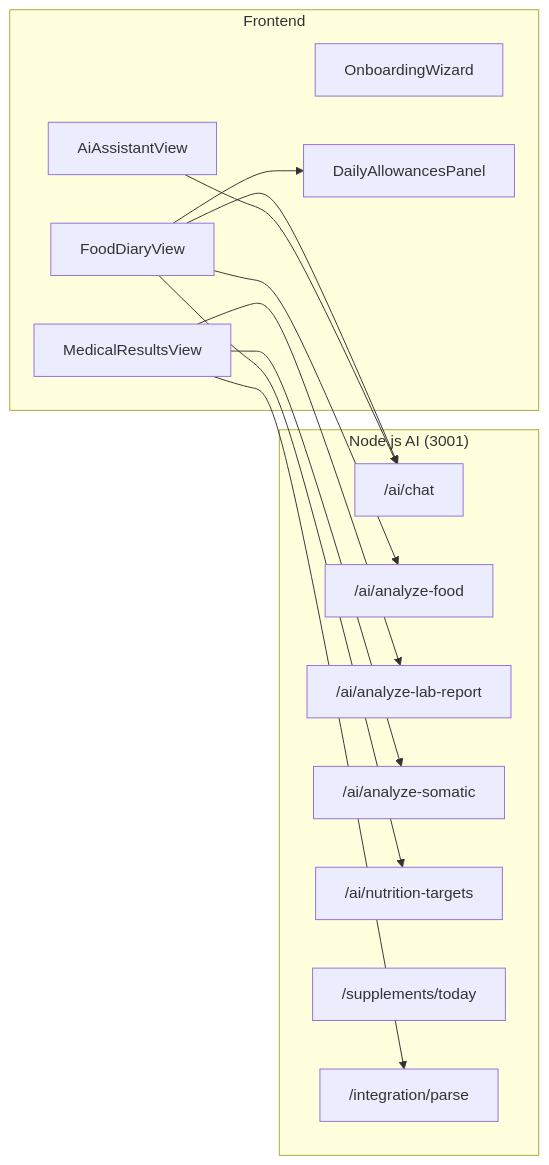
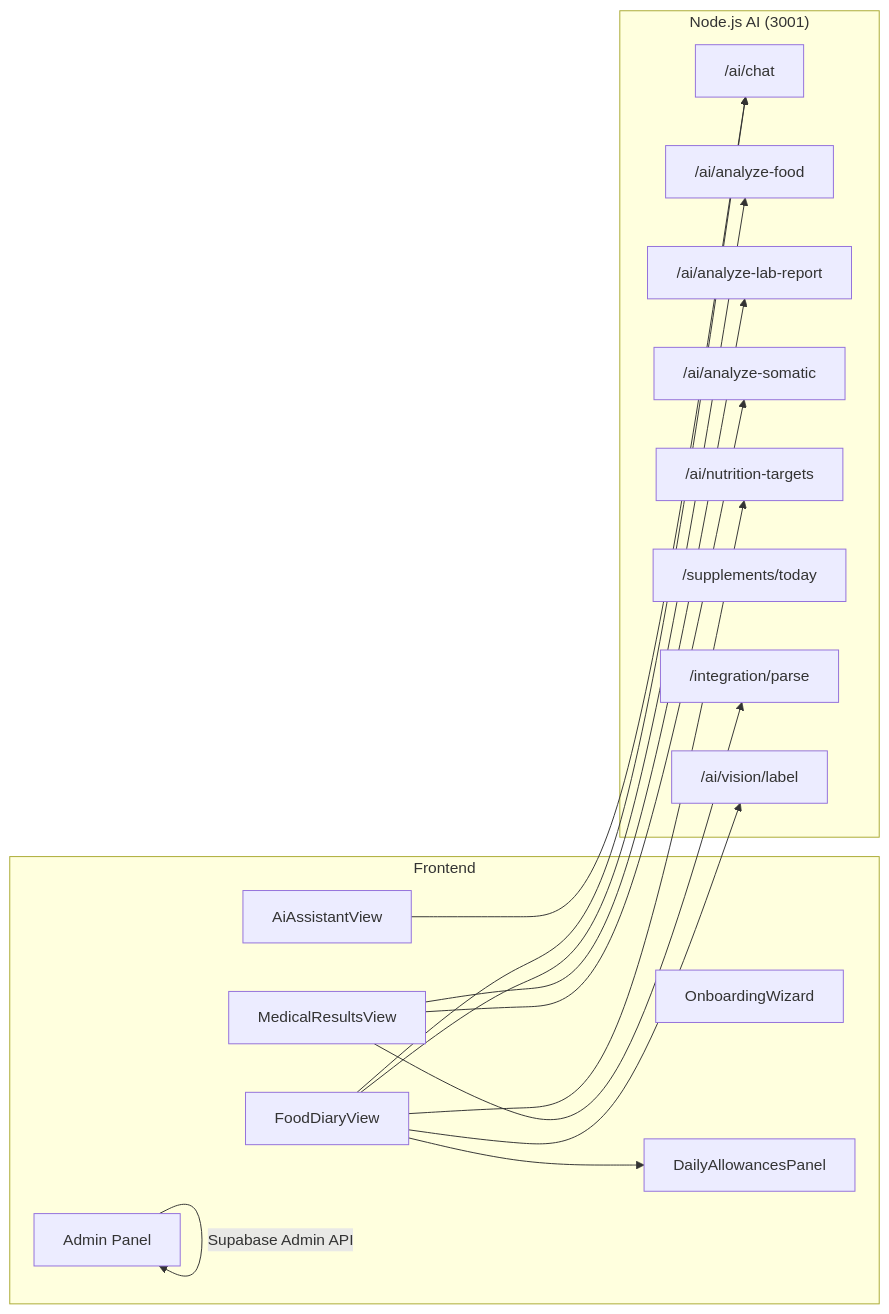
The diagram in docs/frontend_components.md (S4rikk/vitograph), drawn with Mermaid before and after one commit. The commit also changed other lines of this file and 30 other files, not shown here.

````diff
--- a/docs/frontend_components.md
+++ b/docs/frontend_components.md
@@ -125,29 +170,33 @@
 ```mermaid
 graph LR
     subgraph Frontend
         FDV[FoodDiaryView]
         AAV[AiAssistantView]
         MRV[MedicalResultsView]
         OBW[OnboardingWizard]
         DAP[DailyAllowancesPanel]
+        ADM[Admin Panel]
     end
 
     subgraph "Node.js AI (3001)"
         CHAT["/ai/chat"]
         FOOD["/ai/analyze-food"]
         LAB["/ai/analyze-lab-report"]
         SOM["/ai/analyze-somatic"]
         NT["/ai/nutrition-targets"]
         SUPP["/supplements/today"]
         INT_PARSE["/integration/parse"]
+        LABEL["/ai/vision/label"]
     end
 
     FDV --> CHAT
     FDV --> NT
     FDV --> FOOD
     AAV --> CHAT
     MRV --> INT_PARSE
     MRV --> LAB
     MRV --> SOM
     FDV --> DAP
+    FDV --> LABEL
+    ADM --> |Supabase Admin API| ADM
 ```
````
